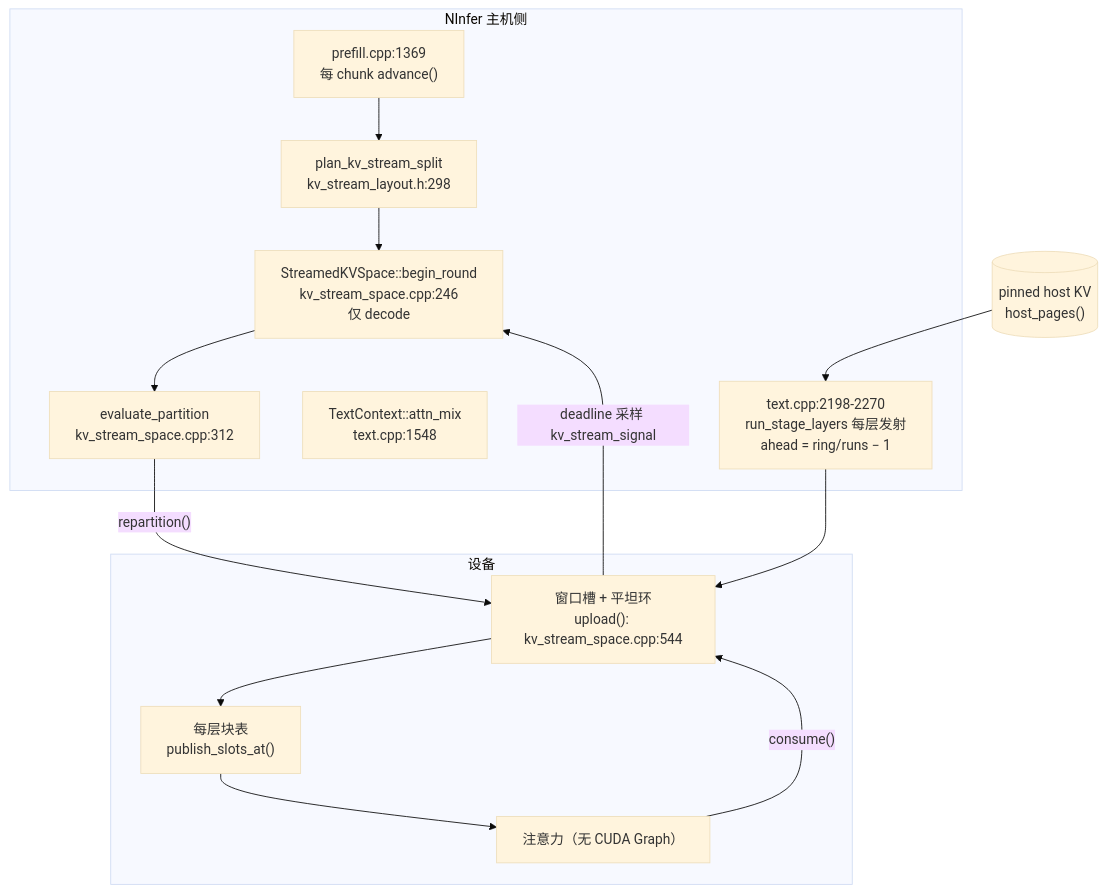
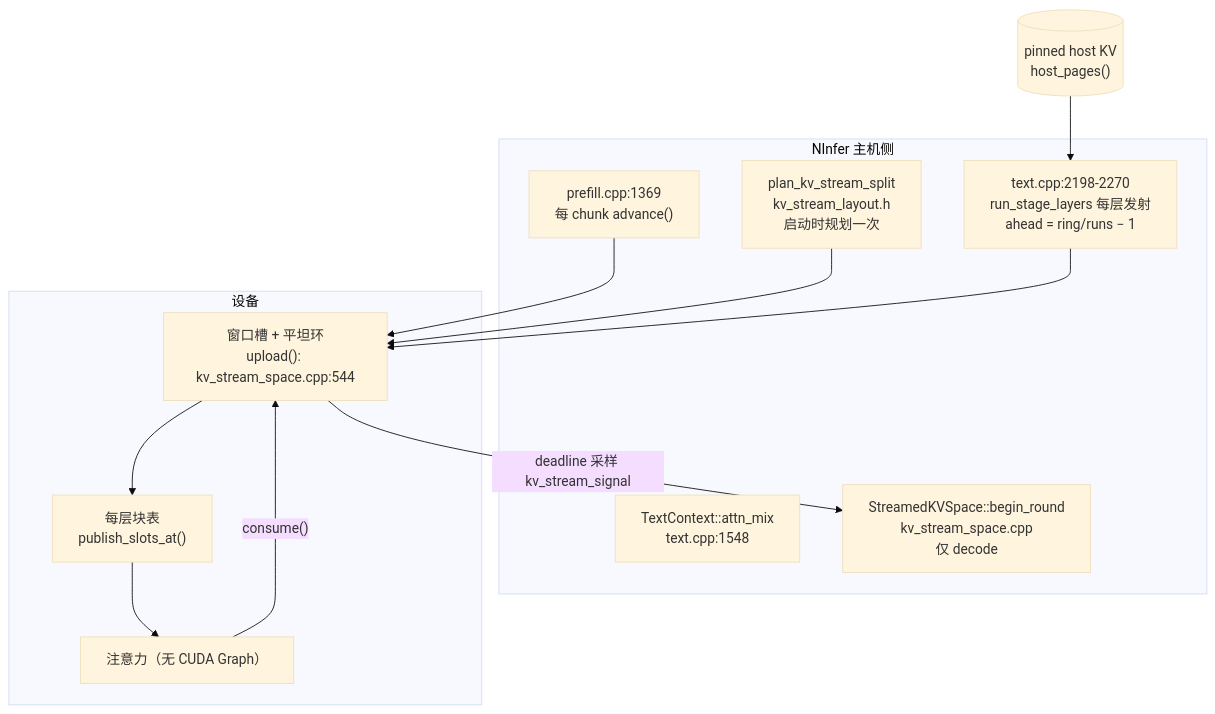
Before and after one commit to kpa32/ninfer-all-adaptive-kv-streaming: the second of 2 diagrams in docs/maintainer/kv-streaming-strategy.md, drawn with Mermaid (base theme). The commit also changed other lines of this file and 28 other files, not shown here.

````diff
--- a/docs/maintainer/kv-streaming-strategy.md
+++ b/docs/maintainer/kv-streaming-strategy.md
@@ -287,22 +287,21 @@
 ```mermaid
 flowchart TB
   subgraph host["NInfer 主机侧"]
     PRE["prefill.cpp:1369<br/>每 chunk advance()"]
     RUN["text.cpp:2198-2270<br/>run_stage_layers 每层发射<br/>ahead = ring/runs − 1"]
     ATTN["TextContext::attn_mix<br/>text.cpp:1548"]
-    CTL["StreamedKVSpace::begin_round<br/>kv_stream_space.cpp:246<br/>仅 decode"]
-    PART["evaluate_partition<br/>kv_stream_space.cpp:312"]
-    LAY["plan_kv_stream_split<br/>kv_stream_layout.h:298"]
+    CTL["StreamedKVSpace::begin_round<br/>kv_stream_space.cpp<br/>仅 decode"]
+    LAY["plan_kv_stream_split<br/>kv_stream_layout.h<br/>启动时规划一次"]
   end
   subgraph dev["设备"]
     POOL["窗口槽 + 平坦环<br/>upload(): kv_stream_space.cpp:544"]
     TAB["每层块表<br/>publish_slots_at()"]
     K["注意力（无 CUDA Graph）"]
   end
   HOSTKV[("pinned host KV<br/>host_pages()")]
-  PRE --> LAY
-  LAY --> CTL --> PART -->|"repartition()"| POOL
+  PRE --> POOL
+  LAY --> POOL
   HOSTKV --> RUN --> POOL --> TAB --> K
   K -->|"consume()"| POOL
   POOL -->|"deadline 采样 kv_stream_signal"| CTL
 ```
````
